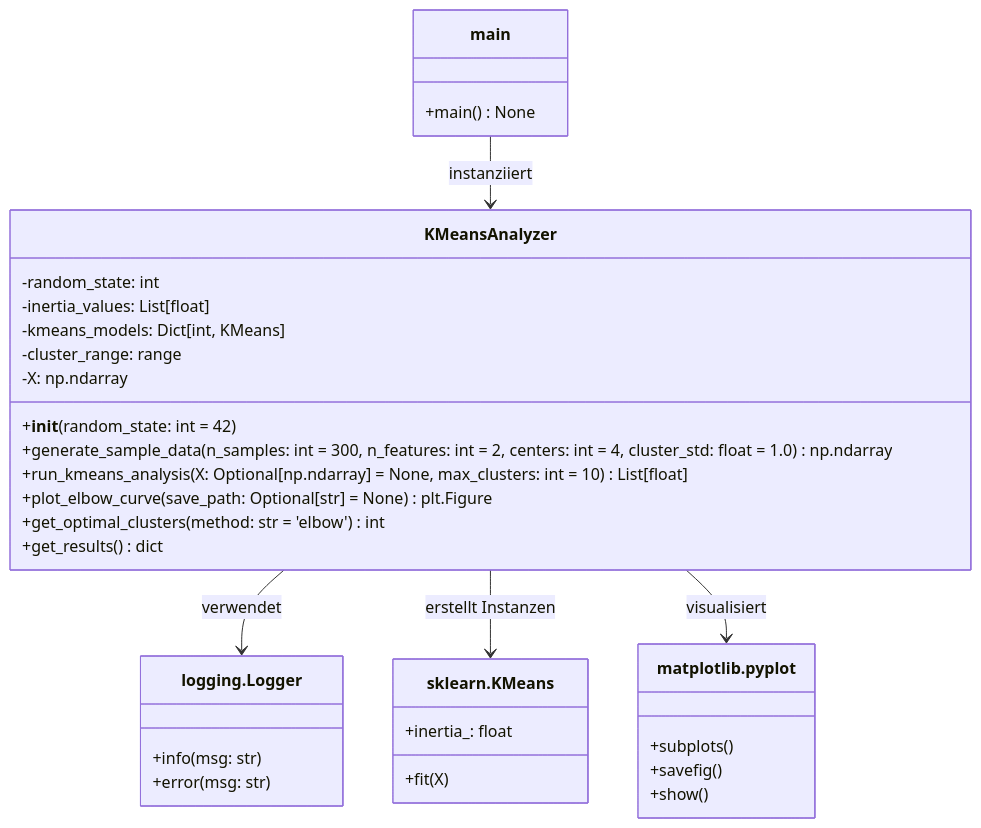
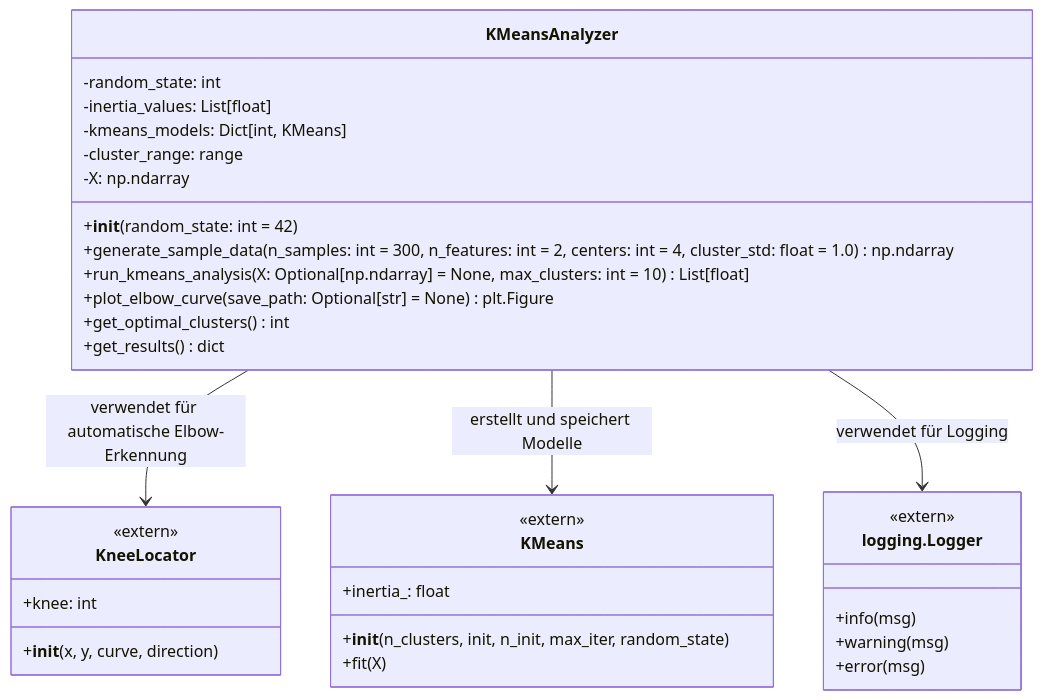
Before and after one commit to ufuk2113/DataScience: the first of 5 diagrams in K-Means Clustering mit Elbow-Methode Analyse mit KneeLocator/README.md, drawn with Mermaid. The commit also changed other lines of this file, not shown here.

````diff
--- a/K-Means Clustering mit Elbow-Methode Analyse mit KneeLocator/README.md
+++ b/K-Means Clustering mit Elbow-Methode Analyse mit KneeLocator/README.md
@@ -11,41 +33,40 @@
 ```mermaid
 classDiagram
     class KMeansAnalyzer {
         -random_state: int
         -inertia_values: List[float]
         -kmeans_models: Dict[int, KMeans]
         -cluster_range: range
         -X: np.ndarray
         +__init__(random_state: int = 42)
         +generate_sample_data(n_samples: int = 300, n_features: int = 2, centers: int = 4, cluster_std: float = 1.0) np.ndarray
         +run_kmeans_analysis(X: Optional[np.ndarray] = None, max_clusters: int = 10) List[float]
         +plot_elbow_curve(save_path: Optional[str] = None) plt.Figure
-        +get_optimal_clusters(method: str = 'elbow') int
+        +get_optimal_clusters() int
         +get_results() dict
     }
     
-    class main {
-        +main() None
+    class KneeLocator {
+        <<extern>>
+        +__init__(x, y, curve, direction)
+        +knee: int
     }
     
-    class logging.Logger {
-        +info(msg: str)
-        +error(msg: str)
-    }
-    
-    class sklearn.KMeans {
+    class KMeans {
+        <<extern>>
+        +__init__(n_clusters, init, n_init, max_iter, random_state)
         +fit(X)
         +inertia_: float
     }
     
-    class matplotlib.pyplot {
-        +subplots()
-        +savefig()
-        +show()
+    class logging.Logger {
+        <<extern>>
+        +info(msg)
+        +warning(msg)
+        +error(msg)
     }
     
-    KMeansAnalyzer --> logging.Logger : verwendet
-    KMeansAnalyzer --> sklearn.KMeans : erstellt Instanzen
-    KMeansAnalyzer --> matplotlib.pyplot : visualisiert
-    main --> KMeansAnalyzer : instanziiert
+    KMeansAnalyzer --> KneeLocator : verwendet für automatische Elbow-Erkennung
+    KMeansAnalyzer --> KMeans : erstellt und speichert Modelle
+    KMeansAnalyzer --> logging.Logger : verwendet für Logging
 ```
````
